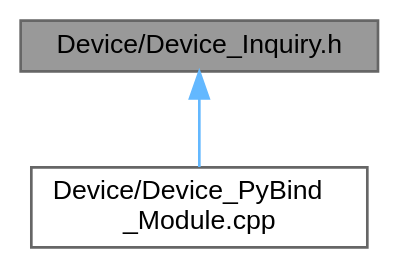
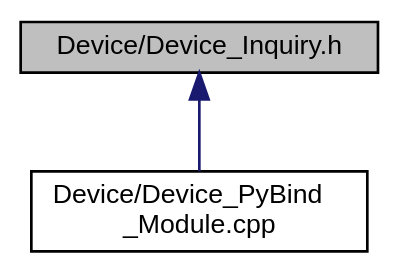
The diagram in docs/PySYCL_doxygen_html/_device___inquiry_8h__dep__incl.dot (OsmanAEG/PySYCL), drawn with Graphviz before and after one commit. The commit also changed 129 other files, not shown here.

```diff
--- a/docs/PySYCL_doxygen_html/_device___inquiry_8h__dep__incl.dot
+++ b/docs/PySYCL_doxygen_html/_device___inquiry_8h__dep__incl.dot
@@ -1,11 +1,11 @@
 digraph "Device/Device_Inquiry.h"
 {
  // INTERACTIVE_SVG=YES
  // LATEX_PDF_SIZE
   bgcolor="transparent";
-  edge [fontname=Helvetica,fontsize=10,labelfontname=Helvetica,labelfontsize=10];
-  node [fontname=Helvetica,fontsize=10,shape=box,height=0.2,width=0.4];
-  Node1 [id="Node000001",label="Device/Device_Inquiry.h",height=0.2,width=0.4,color="gray40", fillcolor="grey60", style="filled", fontcolor="black",tooltip="Collecting SYCL device availability and information."];
-  Node1 -> Node2 [id="edge1_Node000001_Node000002",dir="back",color="steelblue1",style="solid",tooltip=" "];
-  Node2 [id="Node000002",label="Device/Device_PyBind\l_Module.cpp",height=0.2,width=0.4,color="grey40", fillcolor="white", style="filled",URL="$_device___py_bind___module_8cpp.html",tooltip="Python module for device in PySYCL."];
+  edge [fontname="Helvetica",fontsize="10",labelfontname="Helvetica",labelfontsize="10"];
+  node [fontname="Helvetica",fontsize="10",shape=record];
+  Node1 [label="Device/Device_Inquiry.h",height=0.2,width=0.4,color="black", fillcolor="grey75", style="filled", fontcolor="black",tooltip="Collecting SYCL device availability and information."];
+  Node1 -> Node2 [dir="back",color="midnightblue",fontsize="10",style="solid",fontname="Helvetica"];
+  Node2 [label="Device/Device_PyBind\l_Module.cpp",height=0.2,width=0.4,color="black",URL="$_device___py_bind___module_8cpp.html",tooltip="Python module for device in PySYCL."];
 }
```
